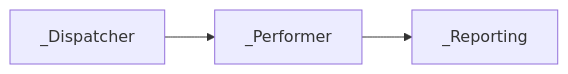
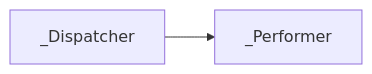
The second of 2 diagrams in skills/uipath-planner/assets/templates/rpa-sdd-template.md (UiPath/skills), drawn with Mermaid before and after one commit. The commit also changed other lines of this file and 55 other files, not shown here.

````diff
--- a/skills/uipath-planner/assets/templates/rpa-sdd-template.md
+++ b/skills/uipath-planner/assets/templates/rpa-sdd-template.md
@@ -398,5 +397,4 @@
 ```mermaid
 flowchart LR
     D["<NAME>_Dispatcher"] -->|"<QUEUE_1>"| P["<NAME>_Performer"]
-    P -->|"<QUEUE_2>"| R["<NAME>_Reporting"]
 ```
````
